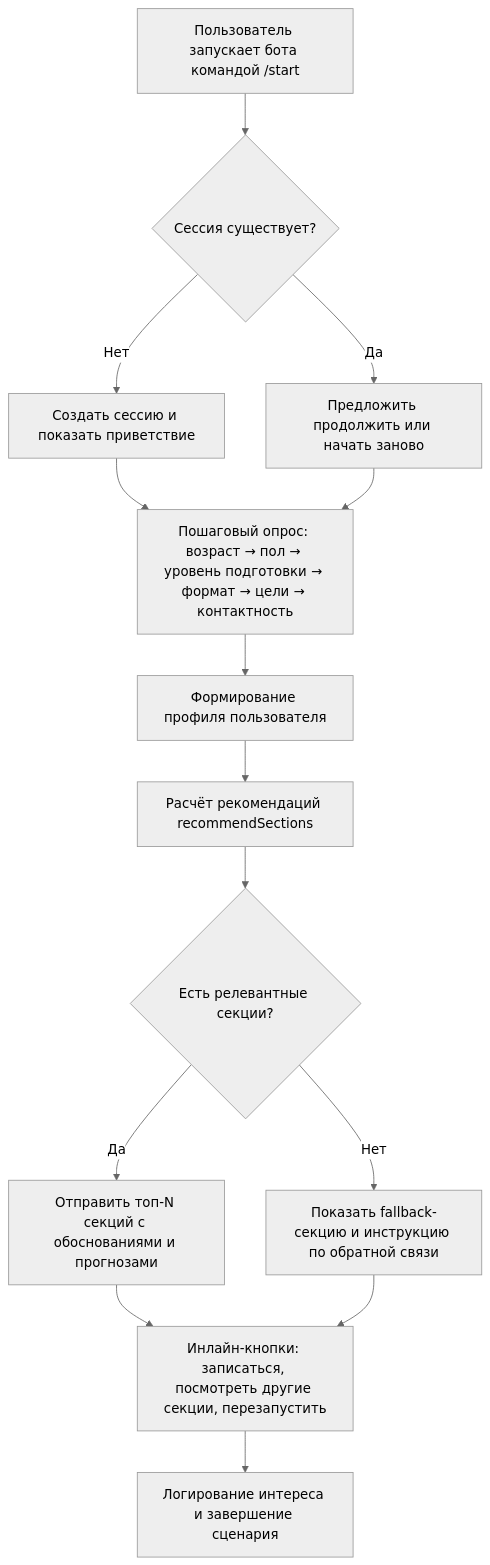
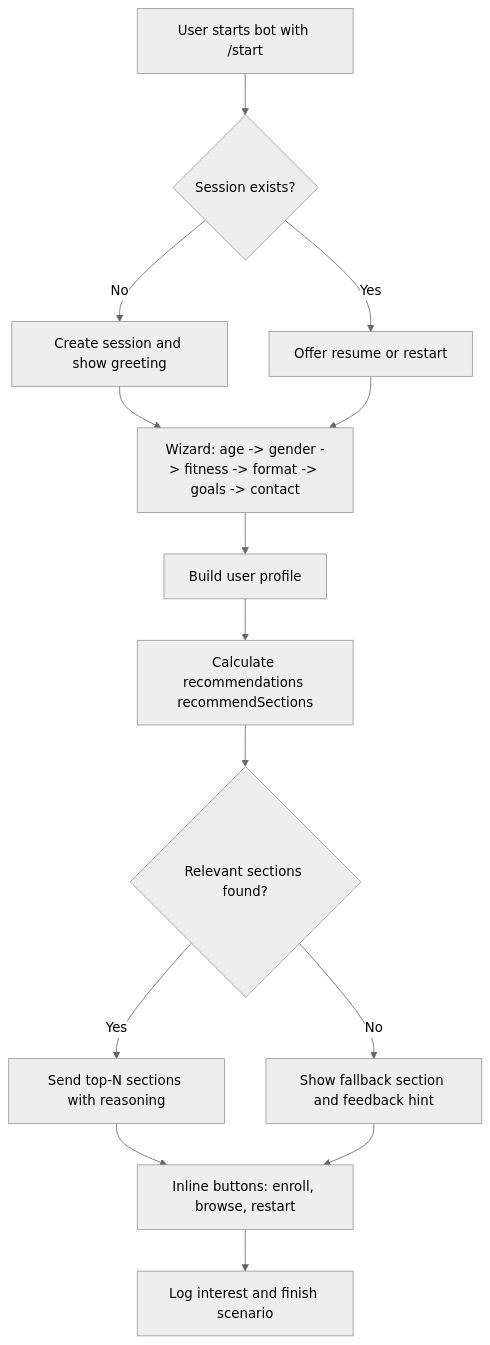
The second of 3 diagrams in README.md (kotru21/bsuir), drawn with Mermaid (neutral theme) before and after one commit. The commit also changed other lines of this file, not shown here.

First line of the commit message:
Translate diagrams and explanations to English

````diff
--- a/README.md
+++ b/README.md
@@ -64,16 +66,16 @@
 ```mermaid
 flowchart TD
-      A[Пользователь запускает бота командой /start] --> B{Сессия существует?}
-      B -- Нет --> C[Создать сессию и показать приветствие]
-      B -- Да --> D[Предложить продолжить или начать заново]
-      C --> E[Пошаговый опрос: возраст → пол → уровень подготовки → формат → цели → контактность]
-      D --> E
-      E --> F[Формирование профиля пользователя]
-      F --> G[Расчёт рекомендаций recommendSections]
-      G --> H{Есть релевантные секции?}
-      H -- Да --> I[Отправить топ-N секций с обоснованиями и прогнозами]
-      H -- Нет --> J[Показать fallback-секцию и инструкцию по обратной связи]
-      I --> K[Инлайн-кнопки: записаться, посмотреть другие секции, перезапустить]
-      J --> K
-      K --> L[Логирование интереса и завершение сценария]
+   A[User starts bot with /start] --> B{Session exists?}
+   B -- No --> C[Create session and show greeting]
+   B -- Yes --> D[Offer resume or restart]
+   C --> E[Wizard: age -> gender -> fitness -> format -> goals -> contact]
+   D --> E
+   E --> F[Build user profile]
+   F --> G[Calculate recommendations recommendSections]
+   G --> H{Relevant sections found?}
+   H -- Yes --> I[Send top-N sections with reasoning]
+   H -- No --> J[Show fallback section and feedback hint]
+   I --> K[Inline buttons: enroll, browse, restart]
+   J --> K
+   K --> L[Log interest and finish scenario]
 ```
````
